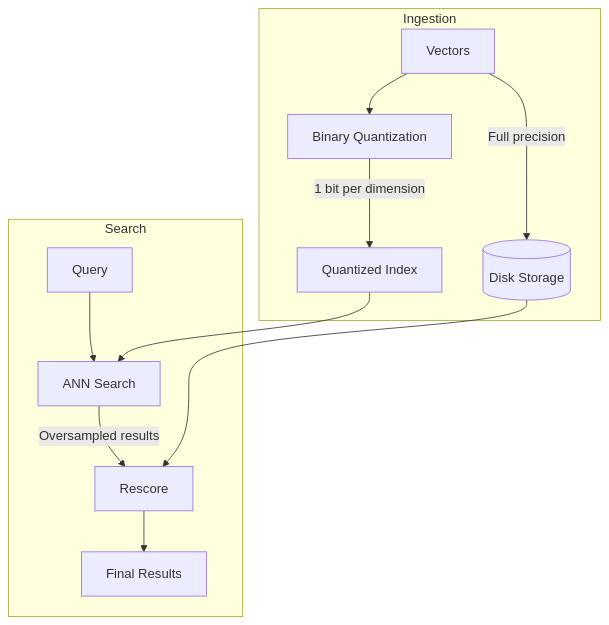
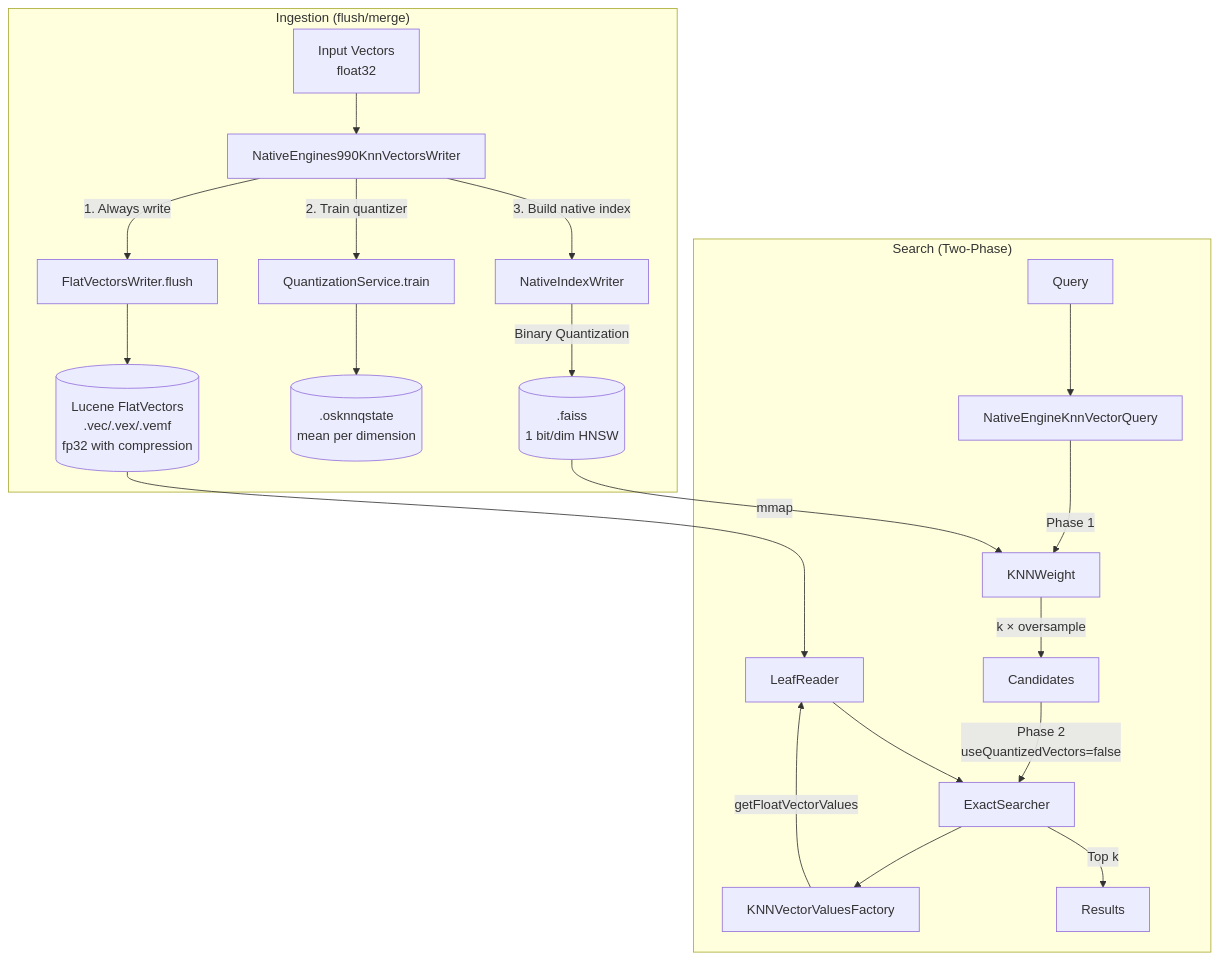
One commit to tkykenmt/opensearch-feature-explorer changed the third of 4 diagrams in docs/features/k-nn/k-nn-disk-based-vector-search.md. Above: the diagram before and after it, drawn with Mermaid. The commit also changed other lines of this file, not shown here.

Commit message:
docs: update disk-based vector search with detailed architecture and storage comparison

````diff
--- a/docs/features/k-nn/k-nn-disk-based-vector-search.md
+++ b/docs/features/k-nn/k-nn-disk-based-vector-search.md
@@ -40,16 +67,30 @@
 ```mermaid
 flowchart TB
-    subgraph Ingestion
-        V[Vectors] --> BQ[Binary Quantization]
-        BQ --> |"1 bit per dimension"| QI[Quantized Index]
-        V --> |"Full precision"| Disk[(Disk Storage)]
+    subgraph "Ingestion (flush/merge)"
+        V[Input Vectors<br/>float32] --> NEKW[NativeEngines990KnnVectorsWriter]
+        
+        NEKW --> |"1. Always write"| FVW[FlatVectorsWriter.flush]
+        FVW --> LUCENE[("Lucene FlatVectors<br/>.vec/.vex/.vemf<br/>fp32 with compression")]
+        
+        NEKW --> |"2. Train quantizer"| QS[QuantizationService.train]
+        QS --> QSTATE[(".osknnqstate<br/>mean per dimension")]
+        
+        NEKW --> |"3. Build native index"| NIW[NativeIndexWriter]
+        NIW --> |"Binary Quantization"| FAISS[(".faiss<br/>1 bit/dim HNSW")]
     end
     
-    subgraph Search
-        Q[Query] --> ANN[ANN Search]
-        QI --> ANN
-        ANN --> |"Oversampled results"| RS[Rescore]
-        Disk --> RS
-        RS --> R[Final Results]
+    subgraph "Search (Two-Phase)"
+        Q[Query] --> NEKVQ[NativeEngineKnnVectorQuery]
+        
+        NEKVQ --> |"Phase 1"| KNNWeight
+        FAISS --> |"mmap"| KNNWeight
+        KNNWeight --> |"k × oversample"| CAND[Candidates]
+        
+        CAND --> |"Phase 2<br/>useQuantizedVectors=false"| ES[ExactSearcher]
+        ES --> KVVF[KNNVectorValuesFactory]
+        KVVF --> |"getFloatVectorValues"| LR[LeafReader]
+        LUCENE --> LR
+        LR --> ES
+        ES --> |"Top k"| R[Results]
     end
 ```
````
